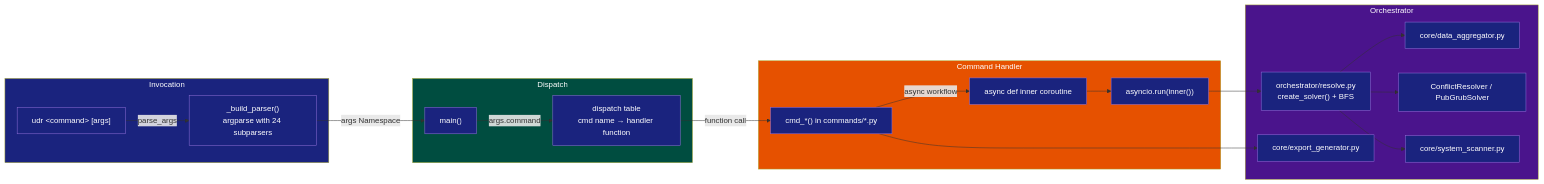
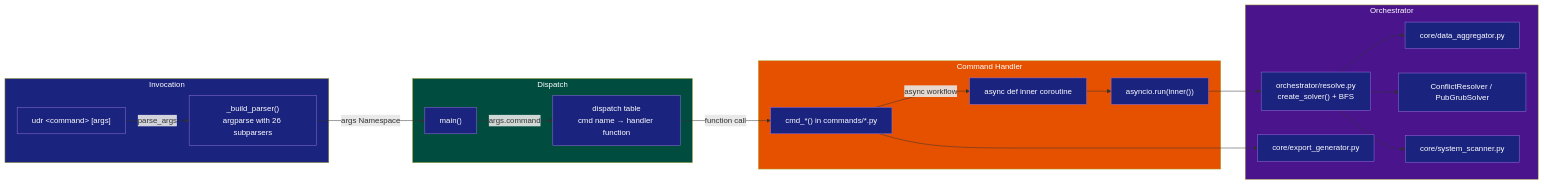
The diagram in docs/CLI.md (code-with-zeeshan/universal-dependency-resolver), drawn with Mermaid before and after one commit. The commit also changed other lines of this file and 11 other files, not shown here.

First line of the commit message:
docs: refresh CLI/API reference for graph --from-lock, update --all, versions/dependencies, pinning and exit-code semantics

````diff
--- a/docs/CLI.md
+++ b/docs/CLI.md
@@ -15,46 +15,46 @@
 ```mermaid
 flowchart LR
     subgraph INVOCATION["Invocation"]
         ARGS["udr &lt;command&gt; [args]"]
-        PARSER["_build_parser()<br/>argparse with 24 subparsers"]
+        PARSER["_build_parser()<br/>argparse with 26 subparsers"]
     end
 
     subgraph DISPATCH["Dispatch"]
         MAIN["main()"]
         DT["dispatch table<br/>cmd name → handler function"]
     end
 
     subgraph HANDLER["Command Handler"]
         HAND["cmd_*() in commands/*.py"]
         CORO["async def inner coroutine"]
         RUN["asyncio.run(inner())"]
     end
 
     subgraph ORCH["Orchestrator"]
         ORCH_LAYER["orchestrator/resolve.py<br/>create_solver() + BFS"]
         AGG["core/data_aggregator.py"]
         SOLVER["ConflictResolver / PubGrubSolver"]
         SS["core/system_scanner.py"]
         EXPORT["core/export_generator.py"]
     end
 
     ARGS -->|parse_args| PARSER
     PARSER -->|args Namespace| MAIN
     MAIN -->|args.command| DT
     DT -->|function call| HAND
     HAND -->|async workflow| CORO
     CORO --> RUN
     RUN --> ORCH_LAYER
     ORCH_LAYER --> AGG
     ORCH_LAYER --> SOLVER
     ORCH_LAYER --> SS
     HAND --> EXPORT
 
     style INVOCATION fill:#1a237e,color:#fff
     style DISPATCH fill:#004d40,color:#fff
     style HANDLER fill:#e65100,color:#fff
     style ORCH fill:#4a148c,color:#fff
 
     classDef box fill:#1a237e,color:#fff
     class ARGS,PARSER,MAIN,DT,HAND,CORO,RUN,ORCH_LAYER,AGG,SOLVER,SS,EXPORT box
 ```
````
